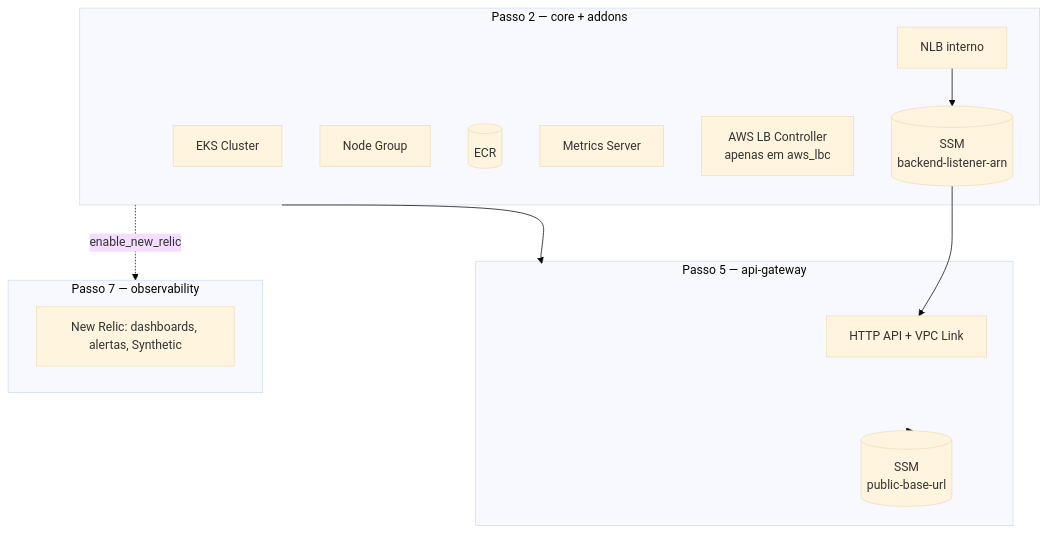
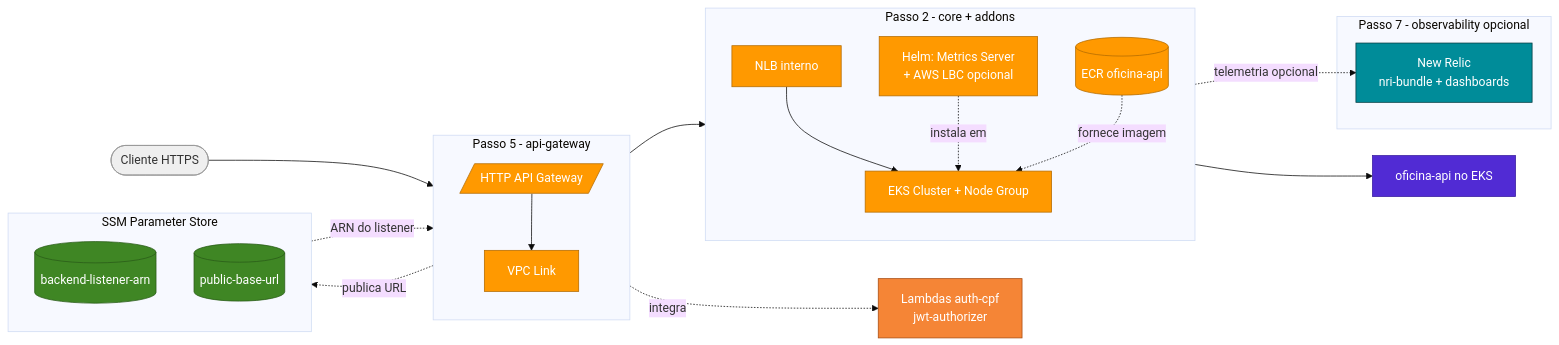
One commit to fabianorodrigues/oficina-infra-k8s changed the second of 2 diagrams in README.md. Above: the diagram before and after it, drawn with Mermaid (base theme). The commit also changed other lines of this file, not shown here.

````diff
--- a/README.md
+++ b/README.md
@@ -77,24 +104,50 @@
 ```mermaid
-graph TB
-  subgraph CORE_ADDONS[Passo 2 — core + addons]
-    EKS[EKS Cluster]
-    NG[Node Group]
-    ECR[(ECR)]
-    NLB[NLB interno]
-    MS[Metrics Server]
-    LBC[AWS LB Controller<br/>apenas em aws_lbc]
-    SSM1[(SSM<br/>backend-listener-arn)]
-  end
-  subgraph APIGW[Passo 5 — api-gateway]
-    HTTP[HTTP API + VPC Link]
-    SSM2[(SSM<br/>public-base-url)]
-  end
-  subgraph OBS[Passo 7 — observability]
-    NR[New Relic: dashboards, alertas, Synthetic]
-  end
-  CORE_ADDONS --> APIGW
-  APIGW --> SSM2
-  CORE_ADDONS -. enable_new_relic .-> OBS
-  NLB --> SSM1
-  SSM1 --> HTTP
+flowchart LR
+    classDef k8s   fill:#FF9900,color:#fff,stroke:#B36B00
+    classDef store fill:#3F8624,color:#fff,stroke:#2A5C18
+    classDef obs   fill:#008C99,color:#fff,stroke:#003B40
+    classDef api   fill:#512BD4,color:#fff,stroke:#3A1FA0
+    classDef lmb   fill:#F58536,color:#fff,stroke:#A84B0F
+    classDef ext   fill:#EFEFEF,color:#333,stroke:#999
+
+    USER([Cliente HTTPS]):::ext
+
+    subgraph P5[Passo 5 - api-gateway]
+      direction TB
+      HTTP[/HTTP API Gateway/]:::k8s
+      VL[VPC Link]:::k8s
+    end
+
+    subgraph P2[Passo 2 - core + addons]
+      direction TB
+      EKS[EKS Cluster + Node Group]:::k8s
+      ECR[(ECR oficina-api)]:::k8s
+      NLB[NLB interno]:::k8s
+      ADD[Helm: Metrics Server<br/>+ AWS LBC opcional]:::k8s
+    end
+
+    subgraph SSM[SSM Parameter Store]
+      direction TB
+      S1[(backend-listener-arn)]:::store
+      S2[(public-base-url)]:::store
+    end
+
+    API[oficina-api no EKS]:::api
+    LMB[Lambdas auth-cpf<br/>jwt-authorizer]:::lmb
+
+    subgraph P7[Passo 7 - observability opcional]
+      NR[New Relic<br/>nri-bundle + dashboards]:::obs
+    end
+
+    USER --> HTTP
+    HTTP -. integra .-> LMB
+    HTTP --> VL
+    VL --> NLB
+    NLB --> EKS
+    EKS --> API
+    ADD -. instala em .-> EKS
+    ECR -. fornece imagem .-> EKS
+    S1 -. ARN do listener .-> HTTP
+    HTTP -. publica URL .-> S2
+    EKS -. telemetria opcional .-> NR
 ```
````
